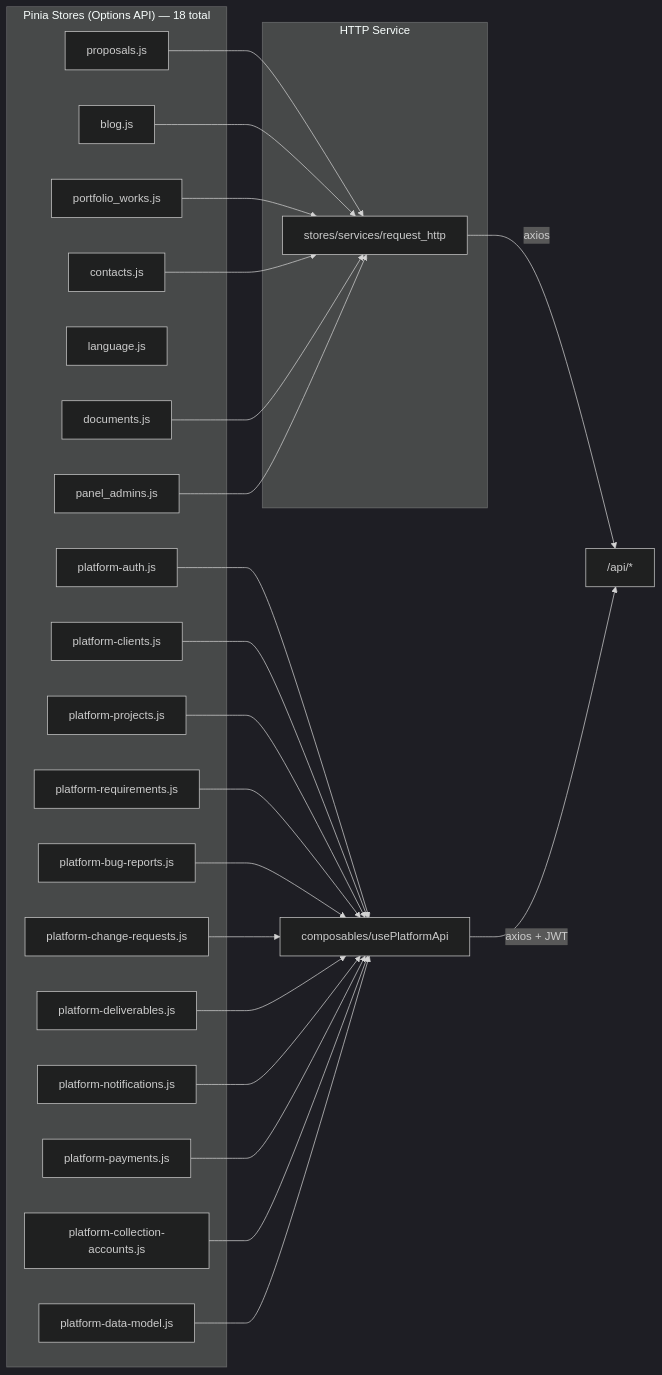
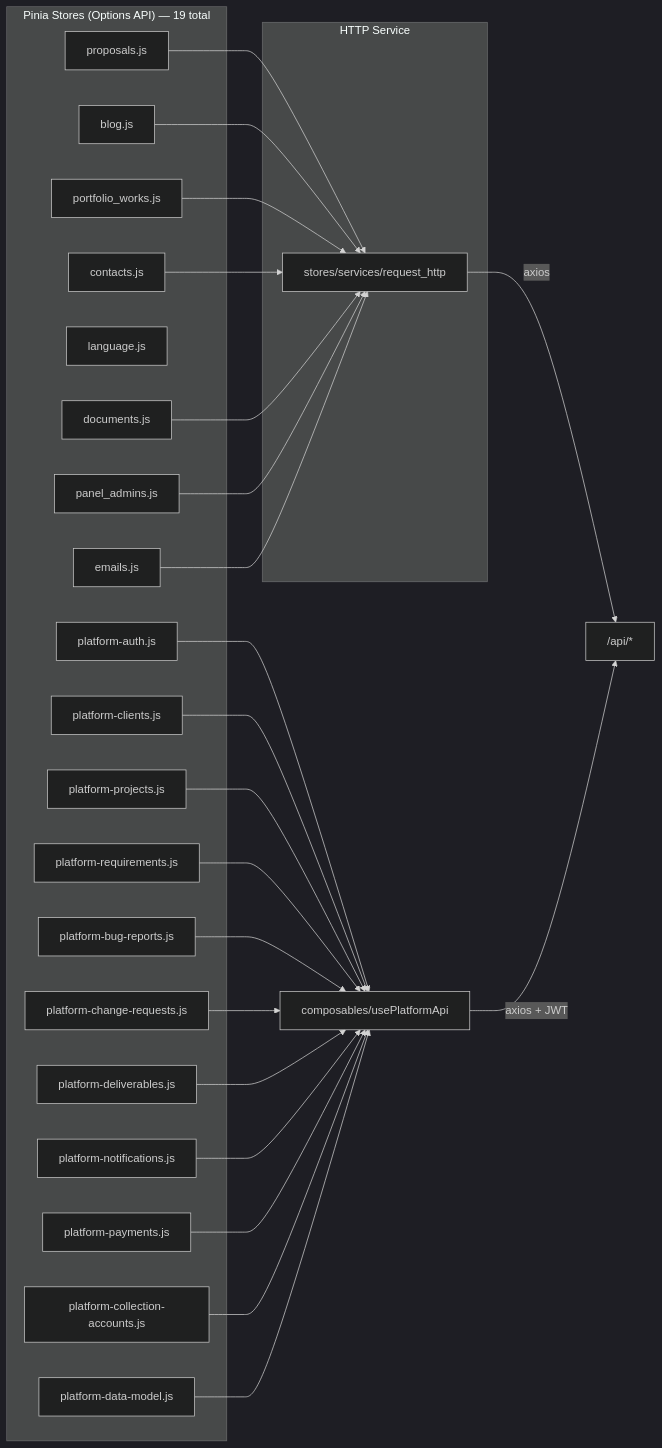
One commit to gustavop-dev/projectapp changed the seventh of 11 diagrams in docs/methodology/architecture.md. Above: the diagram before and after it, drawn with Mermaid (dark theme). The commit also changed other lines of this file and 20 other files, not shown here.

First line of the commit message:
DOCS: update architecture, deployment guide, Codex setup, and Claude config

````diff
--- a/docs/methodology/architecture.md
+++ b/docs/methodology/architecture.md
@@ -301,48 +308,50 @@
 ```mermaid
 flowchart LR
-    subgraph Stores["Pinia Stores (Options API) — 18 total"]
+    subgraph Stores["Pinia Stores (Options API) — 19 total"]
         ProposalStore["proposals.js"]
         BlogStore["blog.js"]
         PortfolioStore["portfolio_works.js"]
         ContactStore["contacts.js"]
         LanguageStore["language.js"]
         DocumentStore["documents.js"]
         PanelAdmins["panel_admins.js"]
         PlatformAuth["platform-auth.js"]
         PlatformClients["platform-clients.js"]
         PlatformProjects["platform-projects.js"]
         PlatformRequirements["platform-requirements.js"]
         PlatformBugReports["platform-bug-reports.js"]
         PlatformChangeRequests["platform-change-requests.js"]
         PlatformDeliverables["platform-deliverables.js"]
         PlatformNotifications["platform-notifications.js"]
         PlatformPayments["platform-payments.js"]
         PlatformCollectionAccounts["platform-collection-accounts.js"]
         PlatformDataModel["platform-data-model.js"]
+        EmailsStore["emails.js"]
     end
 
     subgraph HTTP["HTTP Service"]
         RequestHTTP["stores/services/request_http"]
     end
 
     ProposalStore --> RequestHTTP
     BlogStore --> RequestHTTP
     PortfolioStore --> RequestHTTP
     ContactStore --> RequestHTTP
     DocumentStore --> RequestHTTP
     PanelAdmins --> RequestHTTP
     PlatformAuth --> PlatformHTTP["composables/usePlatformApi"]
     PlatformClients --> PlatformHTTP
     PlatformProjects --> PlatformHTTP
     PlatformRequirements --> PlatformHTTP
     PlatformBugReports --> PlatformHTTP
     PlatformChangeRequests --> PlatformHTTP
     PlatformDeliverables --> PlatformHTTP
     PlatformNotifications --> PlatformHTTP
     PlatformPayments --> PlatformHTTP
     PlatformCollectionAccounts --> PlatformHTTP
     PlatformDataModel --> PlatformHTTP
+    EmailsStore --> RequestHTTP
 
     RequestHTTP -->|axios| API["/api/*"]
     PlatformHTTP -->|axios + JWT| API
 ```
````
